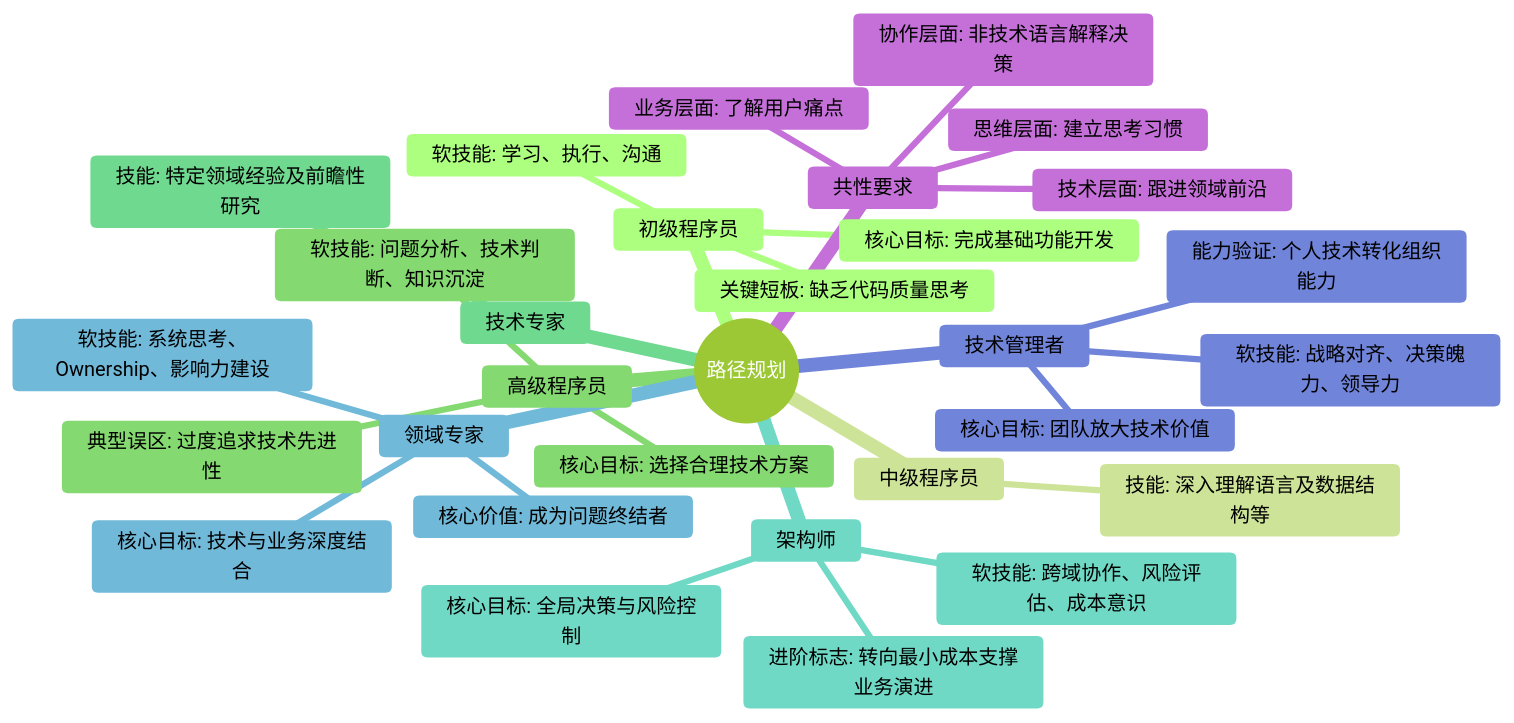
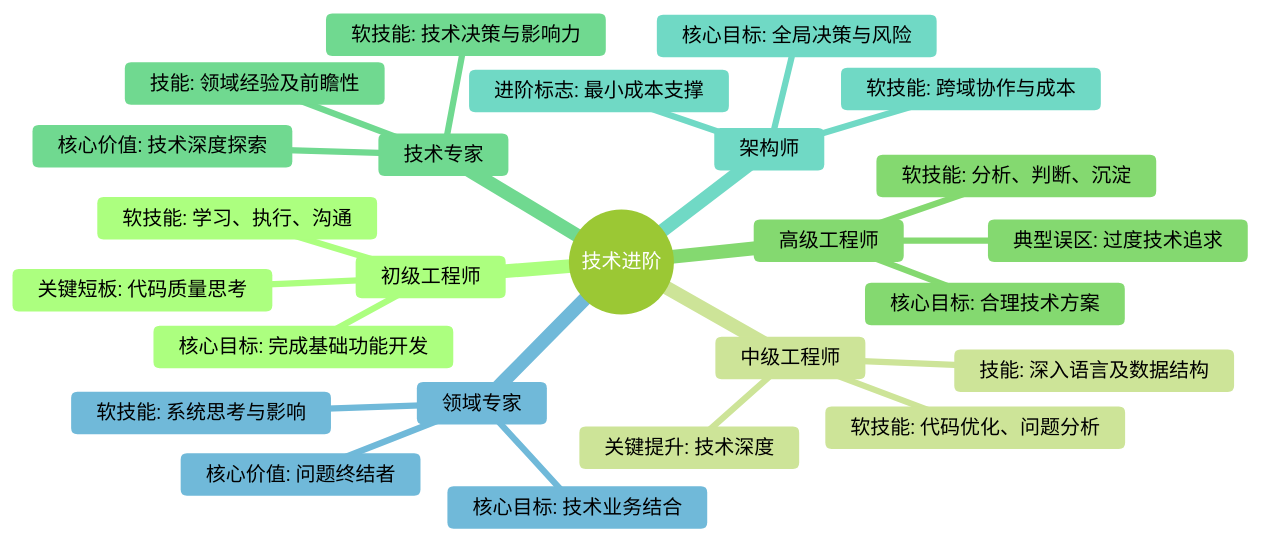
The diagram in docs/expert/path.md (r0ad/code-road), drawn with Mermaid (forest theme) before and after one commit. The commit also changed other lines of this file and 14 other files, not shown here.

````diff
--- a/docs/expert/path.md
+++ b/docs/expert/path.md
@@ -8,33 +8,28 @@
 ```mermaid
 mindmap
-  root((路径规划))
-    初级程序员
+  root((技术进阶))
+    初级工程师
       核心目标: 完成基础功能开发
       软技能: 学习、执行、沟通
-      关键短板: 缺乏代码质量思考
-    中级程序员
-      技能: 深入理解语言及数据结构等
-    高级程序员
-      核心目标: 选择合理技术方案
-      软技能: 问题分析、技术判断、知识沉淀
-      典型误区: 过度追求技术先进性
+      关键短板: 代码质量思考
+    中级工程师
+      技能: 深入语言及数据结构
+      软技能: 代码优化、问题分析
+      关键提升: 技术深度
+    高级工程师
+      核心目标: 合理技术方案
+      软技能: 分析、判断、沉淀
+      典型误区: 过度技术追求
     技术专家
-      技能: 特定领域经验及前瞻性研究
+      技能: 领域经验及前瞻性
+      软技能: 技术决策与影响力
+      核心价值: 技术深度探索
     架构师
-      核心目标: 全局决策与风险控制
-      软技能: 跨域协作、风险评估、成本意识
-      进阶标志: 转向最小成本支撑业务演进
+      核心目标: 全局决策与风险
+      软技能: 跨域协作与成本
+      进阶标志: 最小成本支撑
     领域专家
-      核心目标: 技术与业务深度结合
-      软技能: 系统思考、Ownership、影响力建设
-      核心价值: 成为问题终结者
-    技术管理者
-      核心目标: 团队放大技术价值
-      软技能: 战略对齐、决策魄力、领导力
-      能力验证: 个人技术转化组织能力
-    共性要求
-      技术层面: 跟进领域前沿
-      业务层面: 了解用户痛点
-      思维层面: 建立思考习惯
-      协作层面: 非技术语言解释决策
+      核心目标: 技术业务结合
+      软技能: 系统思考与影响
+      核心价值: 问题终结者
 ```
````
